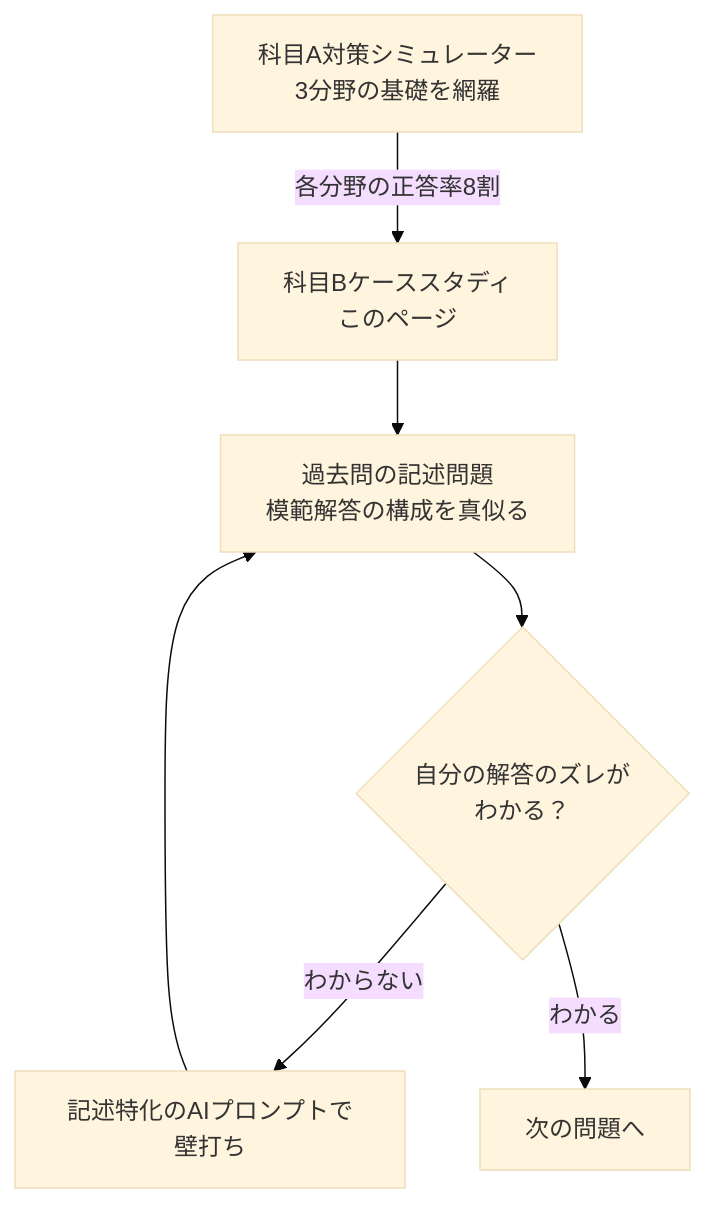
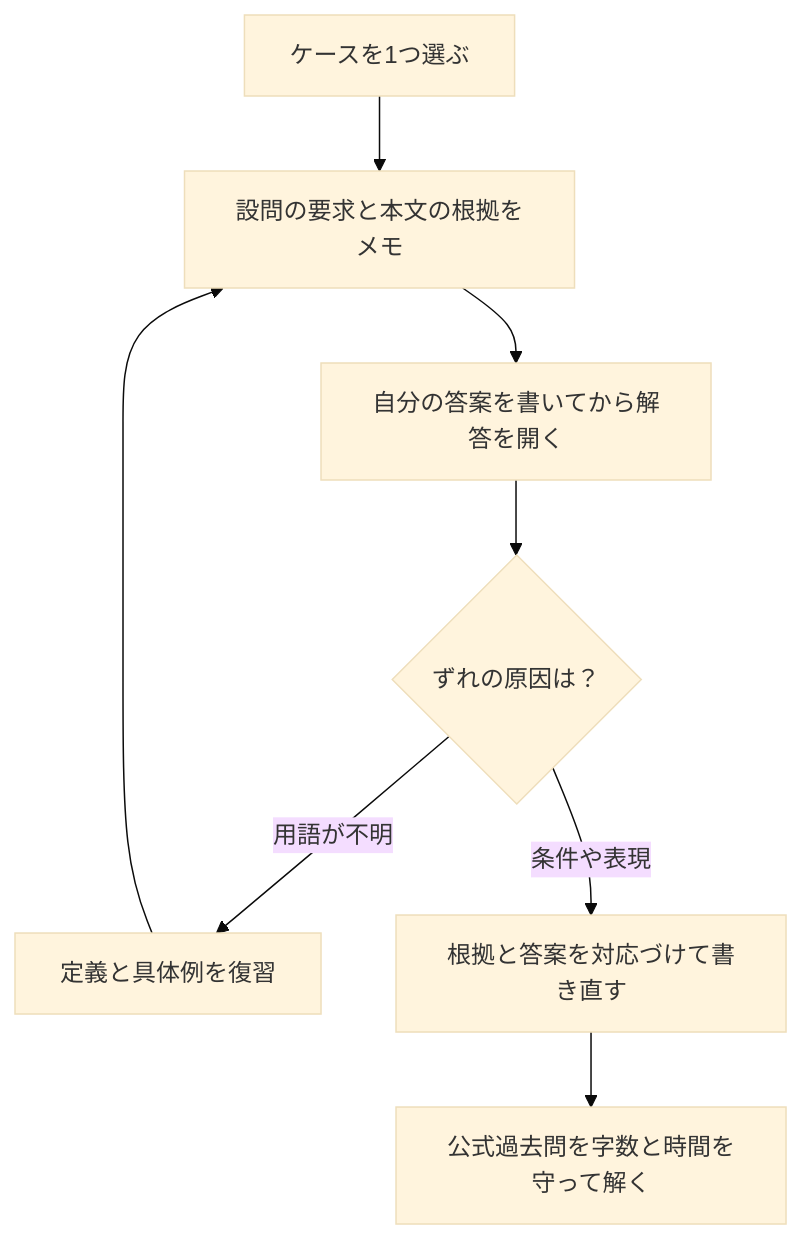
One commit to sasisi344/syllabus-hack changed the diagram in src/data/post/app/ap-subject-b/index.mdx. Above: the diagram before and after it, drawn with Mermaid (base theme). The commit also changed other lines of this file and 30 other files, not shown here.

````diff
--- a/src/data/post/app/ap-subject-b/index.mdx
+++ b/src/data/post/app/ap-subject-b/index.mdx
@@ -73,9 +63,10 @@
-```mermaid caption="応用情報：科目Aの基礎から科目Bの記述までの学習フロー"
+```mermaid caption="科目Bで答案のずれを切り分ける復習の流れ"
 flowchart TB
-  A["科目A対策シミュレーター<br/>3分野の基礎を網羅"] -->|各分野の正答率8割| B["科目Bケーススタディ<br/>このページ"]
-  B --> C["過去問の記述問題<br/>模範解答の構成を真似る"]
-  C --> D{"自分の解答のズレが<br/>わかる？"}
-  D -->|わからない| E["記述特化のAIプロンプトで壁打ち"]
-  E --> C
-  D -->|わかる| F["次の問題へ"]
+  A["ケースを1つ選ぶ"] --> B["設問の要求と本文の根拠をメモ"]
+  B --> C["自分の答案を書いてから解答を開く"]
+  C --> D{"ずれの原因は？"}
+  D -->|用語が不明| E["定義と具体例を復習"]
+  D -->|条件や表現| F["根拠と答案を対応づけて書き直す"]
+  E --> B
+  F --> G["公式過去問を字数と時間を守って解く"]
 ```
````
